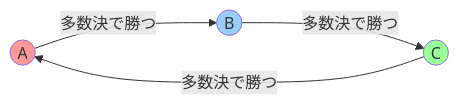
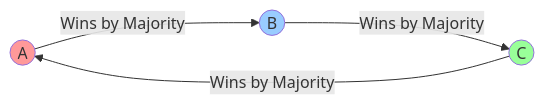
The second of 3 diagrams in content/post/arrows-impossibility-theorem/index.en.md (kenjinote/blog), drawn with Mermaid before and after one commit. The commit also changed other lines of this file and 28 other files, not shown here.

Commit message:
Translate Japanese text inside Mermaid diagrams to respective languages

````diff
--- a/content/post/arrows-impossibility-theorem/index.en.md
+++ b/content/post/arrows-impossibility-theorem/index.en.md
@@ -98,10 +98,10 @@
 ```mermaid
 graph LR
-    A((A)) -->|"多数決で勝つ"| B((B))
-    B -->|"多数決で勝つ"| C((C))
-    C -->|"多数決で勝つ"| A
+    A((A)) -->|"Wins by Majority"| B((B))
+    B -->|"Wins by Majority"| C((C))
+    C -->|"Wins by Majority"| A
     
     style A fill:#ff9999
     style B fill:#99ccff
     style C fill:#99ff99
 ```
````
